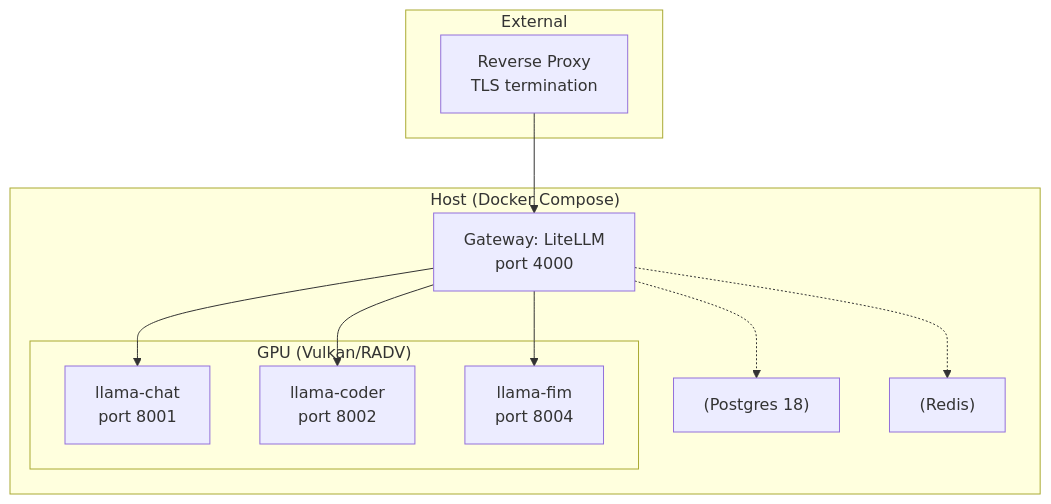
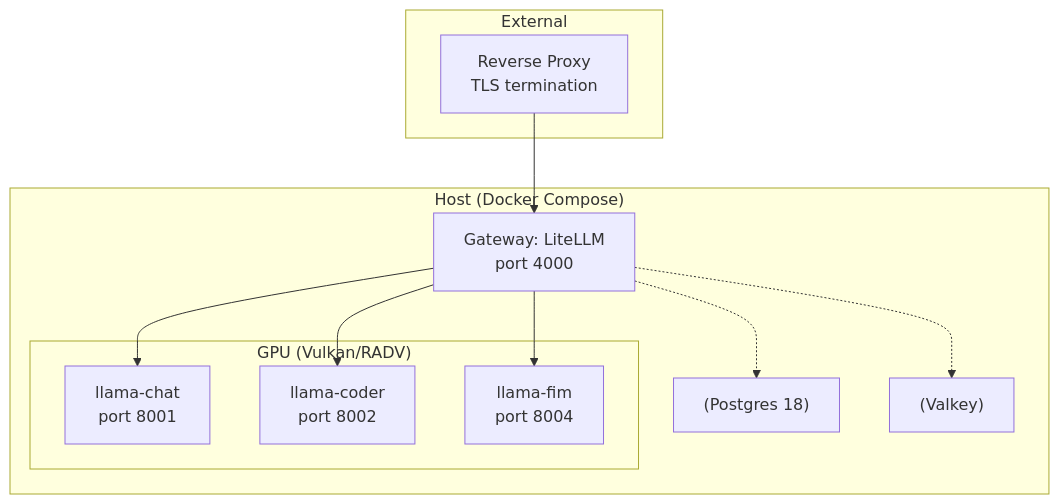
One commit to hgnnmnn/ai-stack changed the diagram in README.md. Above: the diagram before and after it, drawn with Mermaid. The commit also changed other lines of this file and 8 other files, not shown here.

Commit message:
refactor: moving from redis to valkey

````diff
--- a/README.md
+++ b/README.md
@@ -29,28 +29,28 @@
 ```mermaid
 graph TD
     subgraph "External"
         RP["Reverse Proxy\nTLS termination"]
     end
 
     subgraph "Host (Docker Compose)"
         GW["Gateway: LiteLLM\nport 4000"]
         PG["(Postgres 18)"]
-        RD["(Redis)"]
+        RD["(Valkey)"]
         L1["llama-chat\nport 8001"]
         L2["llama-coder\nport 8002"]
         L3["llama-fim\nport 8004"]
 
         subgraph "GPU (Vulkan/RADV)"
             L1
             L2
             L3
         end
     end
 
     RP --> GW
     GW --> L1
     GW --> L2
     GW --> L3
     GW -.-> PG
     GW -.-> RD
 ```
````
